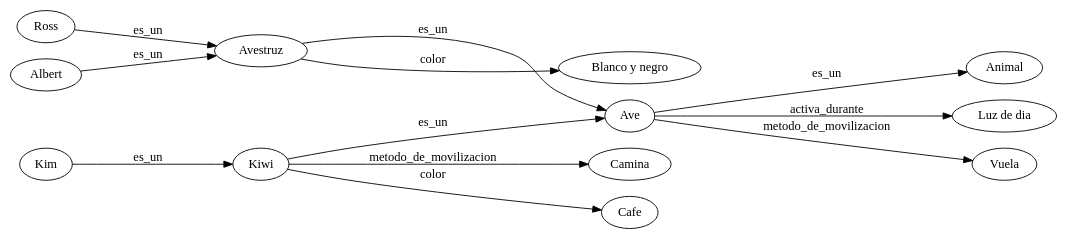
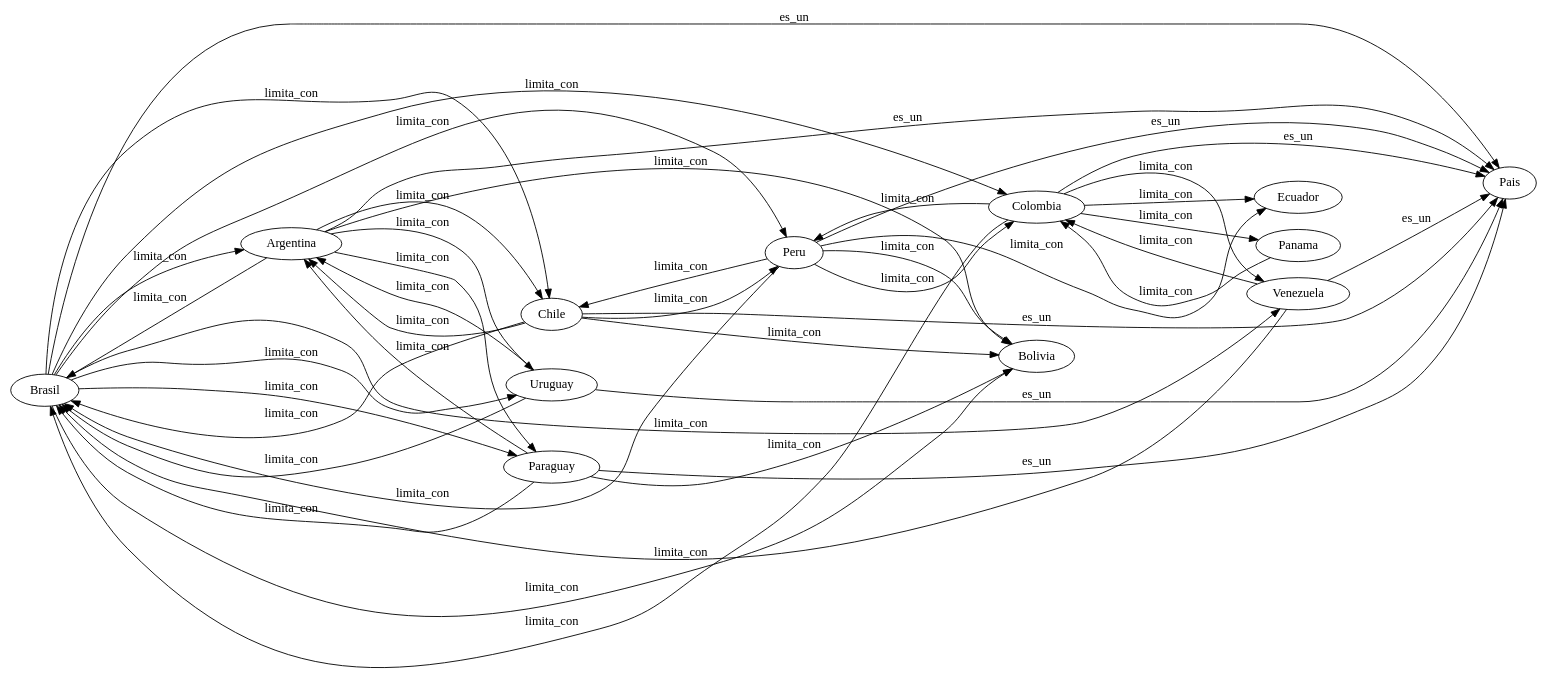
One commit to Claudan/LibreriaMotorExperto changed the diagram in SistemaExperto/red_semantica.dot. Above: the diagram before and after it, drawn with Graphviz. The commit also changed 29 other files, not shown here.

```diff
--- a/SistemaExperto/red_semantica.dot
+++ b/SistemaExperto/red_semantica.dot
@@ -1,71 +1,115 @@
 strict digraph G {
 rankdir = LR;
 graph [ordering="out"];
 graph [ranksep="1.5"];
-"Ave"->"Animal"
+"Brasil"->"Pais"
 [label = "es_un"];
-"Ave"->"Luz de dia"
-[label = "activa_durante"];
-"Ave"->"Vuela"
-[label = "metodo_de_movilizacion"];
-"Avestruz"->"Ave"
+"Brasil"->"Argentina"
+[label = "limita_con"];
+"Brasil"->"Chile"
+[label = "limita_con"];
+"Brasil"->"Argentina"
+[label = "limita_con"];
+"Brasil"->"Colombia"
+[label = "limita_con"];
+"Colombia"->"Pais"
 [label = "es_un"];
-"Ave"->"Animal"
+"Colombia"->"Venezuela"
+[label = "limita_con"];
+"Colombia"->"Ecuador"
+[label = "limita_con"];
+"Colombia"->"Peru"
+[label = "limita_con"];
+"Brasil"->"Peru"
+[label = "limita_con"];
+"Brasil"->"Venezuela"
+[label = "limita_con"];
+"Brasil"->"Uruguay"
+[label = "limita_con"];
+"Brasil"->"Paraguay"
+[label = "limita_con"];
+"Argentina"->"Pais"
 [label = "es_un"];
-"Ave"->"Luz de dia"
-[label = "activa_durante"];
-"Ave"->"Vuela"
-[label = "metodo_de_movilizacion"];
-"Avestruz"->"Blanco y negro"
-[label = "color"];
-"Albert"->"Avestruz"
+"Argentina"->"Brasil"
+[label = "limita_con"];
+"Argentina"->"Chile"
+[label = "limita_con"];
+"Chile"->"Brasil"
+[label = "limita_con"];
+"Argentina"->"Brasil"
+[label = "limita_con"];
+"Argentina"->"Chile"
+[label = "limita_con"];
+"Argentina"->"Bolivia"
+[label = "limita_con"];
+"Argentina"->"Brasil"
+[label = "limita_con"];
+"Argentina"->"Uruguay"
+[label = "limita_con"];
+"Argentina"->"Paraguay"
+[label = "limita_con"];
+"Colombia"->"Pais"
 [label = "es_un"];
-"Avestruz"->"Ave"
+"Colombia"->"Venezuela"
+[label = "limita_con"];
+"Colombia"->"Ecuador"
+[label = "limita_con"];
+"Colombia"->"Peru"
+[label = "limita_con"];
+"Peru"->"Pais"
 [label = "es_un"];
-"Ave"->"Animal"
+"Peru"->"Chile"
+[label = "limita_con"];
+"Peru"->"Ecuador"
+[label = "limita_con"];
+"Peru"->"Brasil"
+[label = "limita_con"];
+"Peru"->"Bolivia"
+[label = "limita_con"];
+"Peru"->"Colombia"
+[label = "limita_con"];
+"Colombia"->"Panama"
+[label = "limita_con"];
+"Venezuela"->"Pais"
 [label = "es_un"];
-"Ave"->"Luz de dia"
-[label = "activa_durante"];
-"Ave"->"Vuela"
-[label = "metodo_de_movilizacion"];
-"Avestruz"->"Blanco y negro"
-[label = "color"];
-"Ross"->"Avestruz"
+"Venezuela"->"Brasil"
+[label = "limita_con"];
+"Venezuela"->"Colombia"
+[label = "limita_con"];
+"Colombia"->"Panama"
+[label = "limita_con"];
+"Uruguay"->"Pais"
 [label = "es_un"];
-"Avestruz"->"Ave"
+"Uruguay"->"Brasil"
+[label = "limita_con"];
+"Uruguay"->"Argentina"
+[label = "limita_con"];
+"Chile"->"Pais"
 [label = "es_un"];
-"Ave"->"Animal"
+"Chile"->"Argentina"
+[label = "limita_con"];
+"Chile"->"Brasil"
+[label = "limita_con"];
+"Chile"->"Argentina"
+[label = "limita_con"];
+"Chile"->"Peru"
+[label = "limita_con"];
+"Chile"->"Bolivia"
+[label = "limita_con"];
+"Paraguay"->"Pais"
 [label = "es_un"];
-"Ave"->"Luz de dia"
-[label = "activa_durante"];
-"Ave"->"Vuela"
-[label = "metodo_de_movilizacion"];
-"Avestruz"->"Blanco y negro"
-[label = "color"];
-"Kiwi"->"Ave"
-[label = "es_un"];
-"Ave"->"Animal"
-[label = "es_un"];
-"Ave"->"Luz de dia"
-[label = "activa_durante"];
-"Ave"->"Vuela"
-[label = "metodo_de_movilizacion"];
-"Kiwi"->"Camina"
-[label = "metodo_de_movilizacion"];
-"Kiwi"->"Cafe"
-[label = "color"];
-"Kim"->"Kiwi"
-[label = "es_un"];
-"Kiwi"->"Ave"
-[label = "es_un"];
-"Ave"->"Animal"
-[label = "es_un"];
-"Ave"->"Luz de dia"
-[label = "activa_durante"];
-"Ave"->"Vuela"
-[label = "metodo_de_movilizacion"];
-"Kiwi"->"Camina"
-[label = "metodo_de_movilizacion"];
-"Kiwi"->"Cafe"
-[label = "color"];
+"Paraguay"->"Brasil"
+[label = "limita_con"];
+"Paraguay"->"Argentina"
+[label = "limita_con"];
+"Paraguay"->"Bolivia"
+[label = "limita_con"];
+"Brasil"->"Bolivia"
+[label = "limita_con"];
+"Colombia"->"Brasil"
+[label = "limita_con"];
+"Colombia"->"Panama"
+[label = "limita_con"];
+"Panama"->"Colombia"
+[label = "limita_con"];
 }
```
